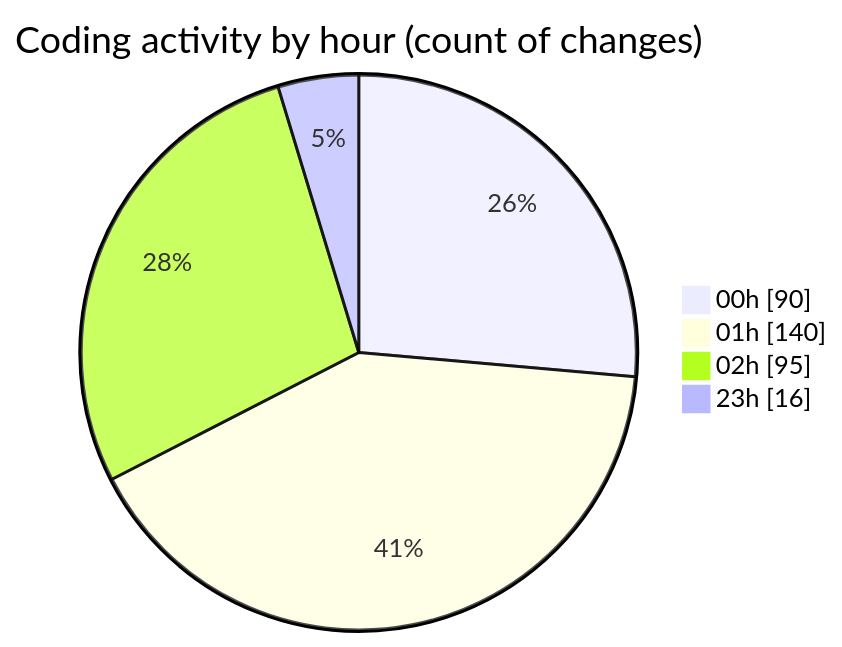
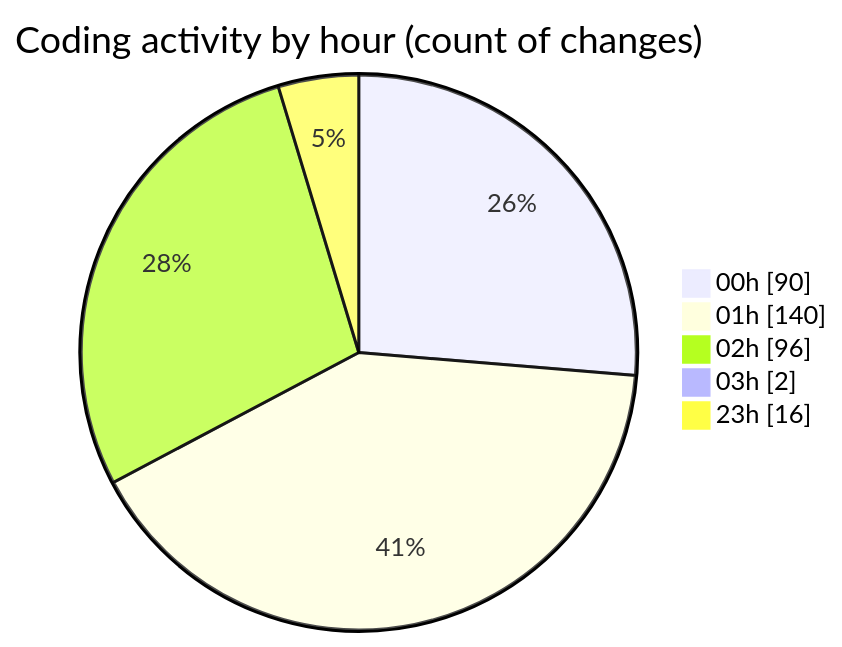
The second of 2 diagrams in 2025-05-26/projects/README.md (Ritupan-Deka/code-tracking), drawn with Mermaid before and after one commit. The commit also changed other lines of this file and 1 other file, not shown here.

````diff
--- a/2025-05-26/projects/README.md
+++ b/2025-05-26/projects/README.md
@@ -33,8 +33,9 @@
 ```mermaid
 pie showData
 title Coding activity by hour (count of changes)
 "00h" : 90
 "01h" : 140
-"02h" : 95
+"02h" : 96
+"03h" : 2
 "23h" : 16
 ```
````
